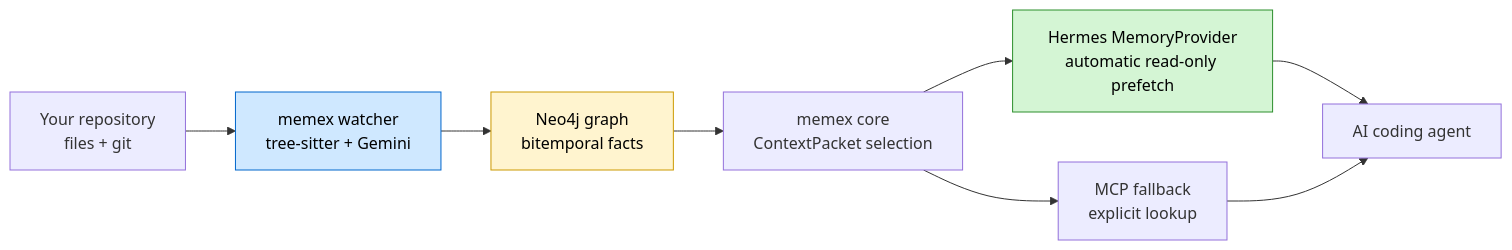
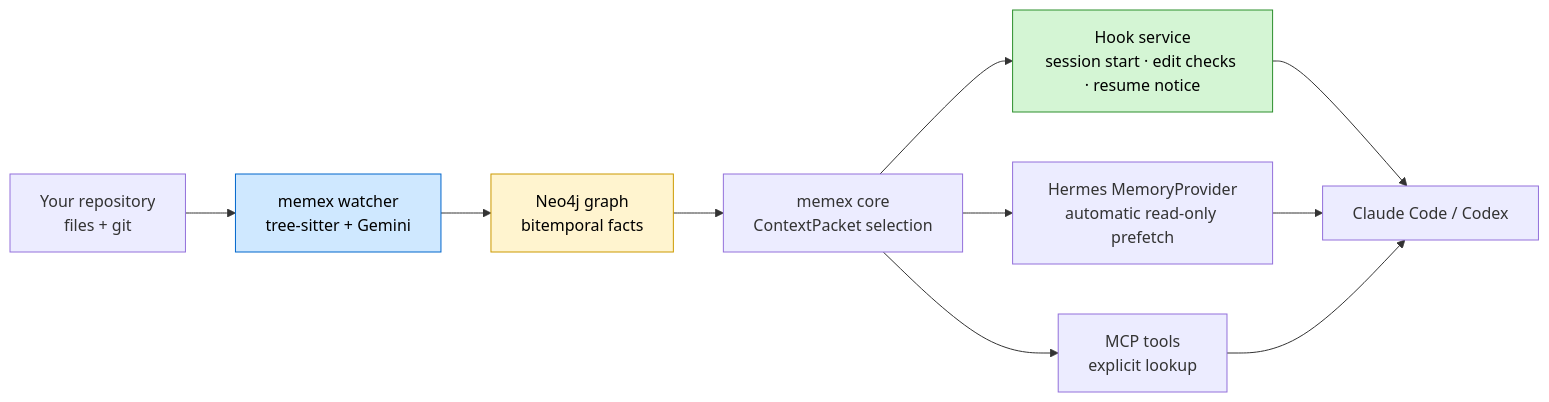
One commit to STiFLeR7/memex changed the first of 3 diagrams in README.md. Above: the diagram before and after it, drawn with Mermaid. The commit also changed other lines of this file and 8 other files, not shown here.

````diff
--- a/README.md
+++ b/README.md
@@ -52,14 +81,16 @@
 ```mermaid
 flowchart LR
     A[Your repository<br/>files + git] --> B[memex watcher<br/>tree-sitter + Gemini]
     B --> C[Neo4j graph<br/>bitemporal facts]
     C --> D[memex core<br/>ContextPacket selection]
+    D --> H[Hook service<br/>session start · edit checks · resume notice]
     D --> E[Hermes MemoryProvider<br/>automatic read-only prefetch]
-    D --> F[MCP fallback<br/>explicit lookup]
-    E --> G[AI coding agent]
+    D --> F[MCP tools<br/>explicit lookup]
+    H --> G[Claude Code / Codex]
+    E --> G
     F --> G
 
     style B fill:#cfe8ff,stroke:#0066cc,color:#000
     style C fill:#fff4cf,stroke:#cc9900,color:#000
-    style E fill:#d4f5d4,stroke:#2d8f2d,color:#000
+    style H fill:#d4f5d4,stroke:#2d8f2d,color:#000
 ```
````
